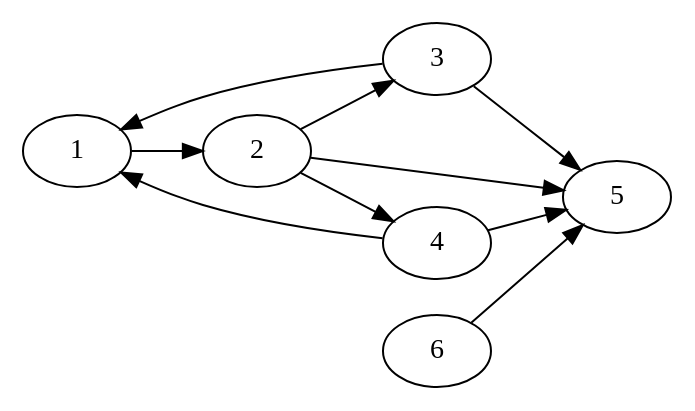
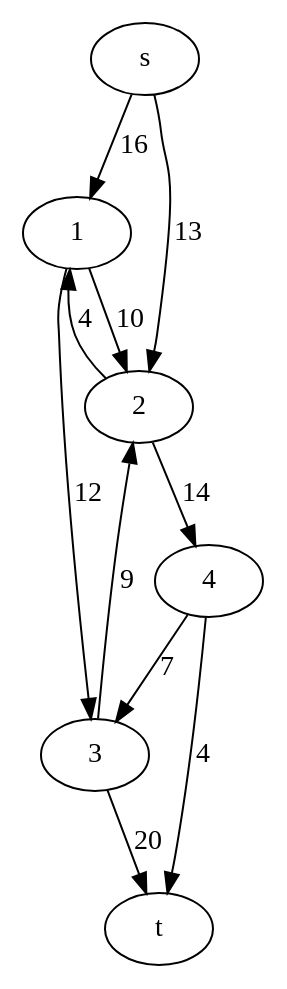
The diagram in src/PW3/simpleGraph.gv (Milhka/MaximumFlow), drawn with Graphviz before and after one commit. The commit also changed 8 other files, not shown here.

```diff
--- a/src/PW3/simpleGraph.gv
+++ b/src/PW3/simpleGraph.gv
@@ -1,12 +1,13 @@
-digraph {
-    rankdir=LR
-    1 -> 2
-    2 -> 3
-    2 -> 4
-    2 -> 5
-    3 -> 1
-    3 -> 5
-    4 -> 1
-    4 -> 5
-    6 -> 5
+digraph toast {
+    rankdir =" LR ";
+    s -> 1 [ label ="16" , len =16];
+    s -> 2 [ label ="13" , len =13];
+    1 -> 2 [ label ="10" , len =10];
+    2 -> 1 [ label ="4" , len =4];
+    1 -> 3 [ label ="12" , len =12];
+    2 -> 4 [ label ="14" , len =14];
+    3 -> 2 [ label ="9" , len =9];
+    3 -> t [ label ="20" , len =20];
+    4 -> 3 [ label ="7" , len =7];
+    4 -> t [ label ="4" , len =4];
 }
```
